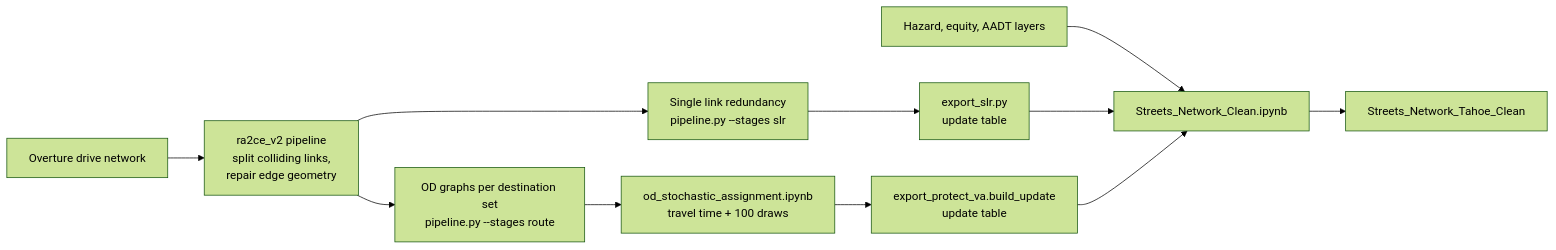
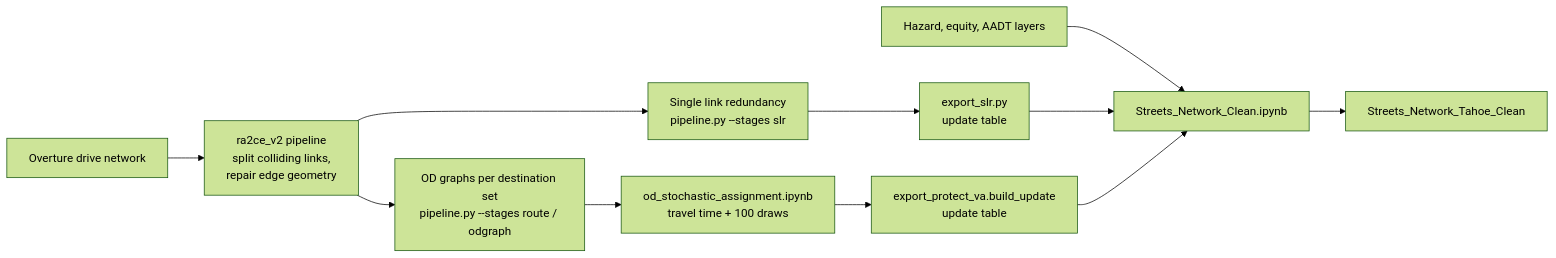
The diagram in docs/METHODS_streets_network_clean.md (trpa-agency/PROTECT), drawn with Mermaid (forest theme) before and after one commit. The commit also changed other lines of this file and 7 other files, not shown here.

````diff
--- a/docs/METHODS_streets_network_clean.md
+++ b/docs/METHODS_streets_network_clean.md
@@ -37,13 +37,13 @@
 ```mermaid
 flowchart LR
   A[Overture drive network] --> B[ra2ce_v2 pipeline<br/>split colliding links,<br/>repair edge geometry]
   B --> C[Single link redundancy<br/>pipeline.py --stages slr]
-  B --> D[OD graphs per destination set<br/>pipeline.py --stages route]
+  B --> D[OD graphs per destination set<br/>pipeline.py --stages route / odgraph]
   D --> E[od_stochastic_assignment.ipynb<br/>travel time + 100 draws]
   C --> F[export_slr.py<br/>update table]
   E --> G[export_protect_va.build_update<br/>update table]
   H[Hazard, equity, AADT layers] --> I[Streets_Network_Clean.ipynb]
   F --> I
   G --> I
   I --> J[Streets_Network_Tahoe_Clean]
 ```
````
